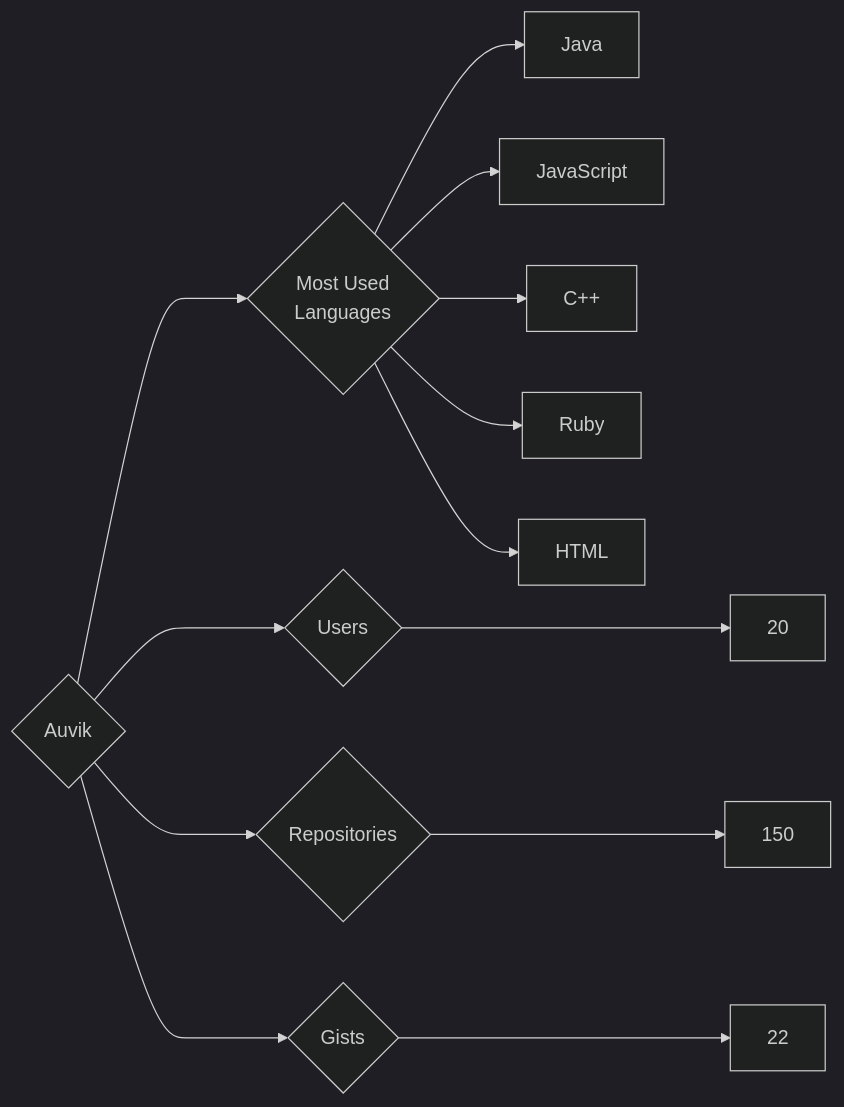
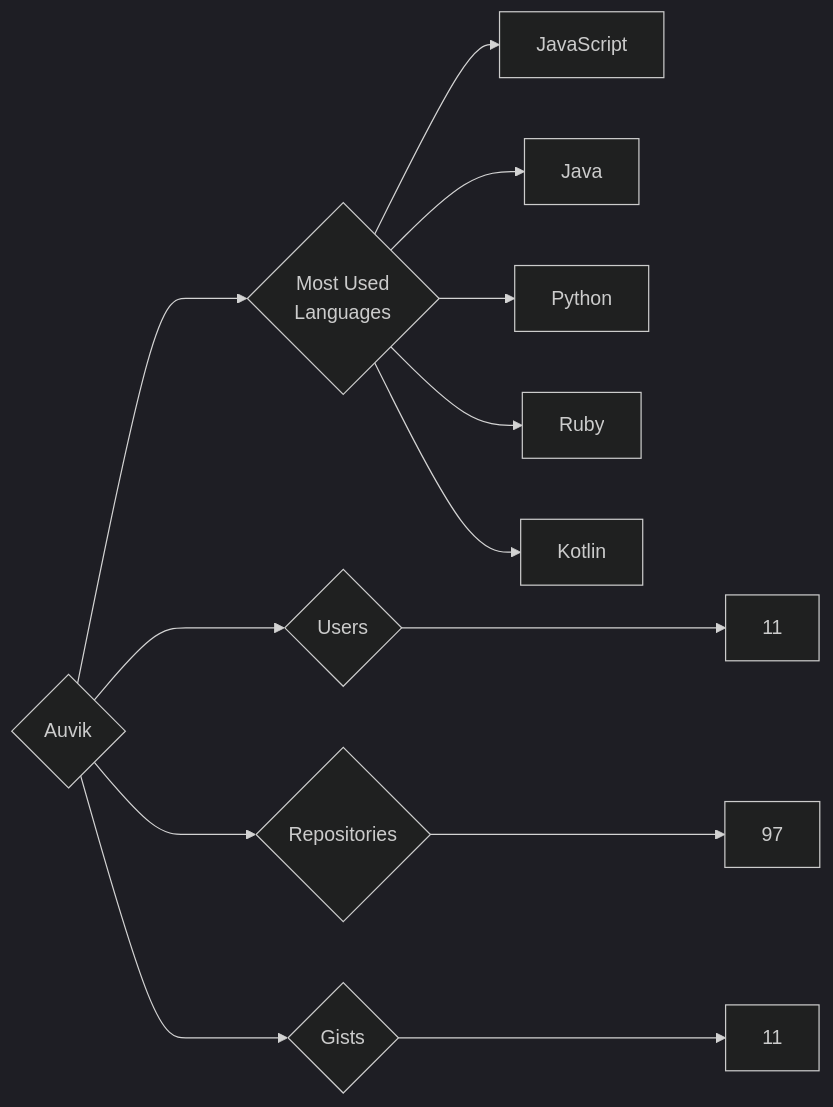
Before and after one commit to trickest/insiders: the diagram in targets/Auvik/README.md, drawn with Mermaid (dark theme). The commit also changed 682 other files, not shown here.

````diff
--- a/targets/Auvik/README.md
+++ b/targets/Auvik/README.md
@@ -3,13 +3,13 @@
 ```mermaid
 graph LR
 COMPANY_NAME{Auvik}
-COMPANY_NAME ---> U{Users} ---> UN[20]
-COMPANY_NAME ---> R{Repositories} ---> RN[150]
-COMPANY_NAME ---> G{Gists} ---> GN[22]
+COMPANY_NAME ---> U{Users} ---> UN[11]
+COMPANY_NAME ---> R{Repositories} ---> RN[97]
+COMPANY_NAME ---> G{Gists} ---> GN[11]
 COMPANY_NAME ---> ML{Most Used<br>Languages}
+ML --> JavaScript[JavaScript]
 ML --> Java[Java]
-ML --> JavaScript[JavaScript]
-ML --> C++[C++]
+ML --> Python[Python]
 ML --> Ruby[Ruby]
-ML --> HTML[HTML]
+ML --> Kotlin[Kotlin]
 ```
````
